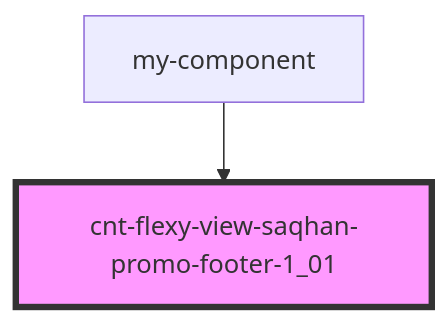
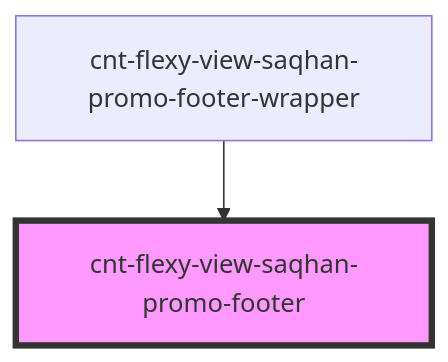
The diagram in src/components/cnt-flexy-view-saqhan-promo-footer-wrapper/res/view/cnt-flexy-view-saqhan-promo-footer/readme.md (saqhan/s-promo), drawn with Mermaid before and after one commit. The commit also changed other lines of this file and 167 other files, not shown here.

````diff
--- a/src/components/cnt-flexy-view-saqhan-promo-footer-wrapper/res/view/cnt-flexy-view-saqhan-promo-footer/readme.md
+++ b/src/components/cnt-flexy-view-saqhan-promo-footer-wrapper/res/view/cnt-flexy-view-saqhan-promo-footer/readme.md
@@ -22,5 +22,5 @@
 ```mermaid
 graph TD;
-  my-component --> cnt-flexy-view-saqhan-promo-footer-1_01
-  style cnt-flexy-view-saqhan-promo-footer-1_01 fill:#f9f,stroke:#333,stroke-width:4px
+  cnt-flexy-view-saqhan-promo-footer-wrapper --> cnt-flexy-view-saqhan-promo-footer
+  style cnt-flexy-view-saqhan-promo-footer fill:#f9f,stroke:#333,stroke-width:4px
 ```
````
